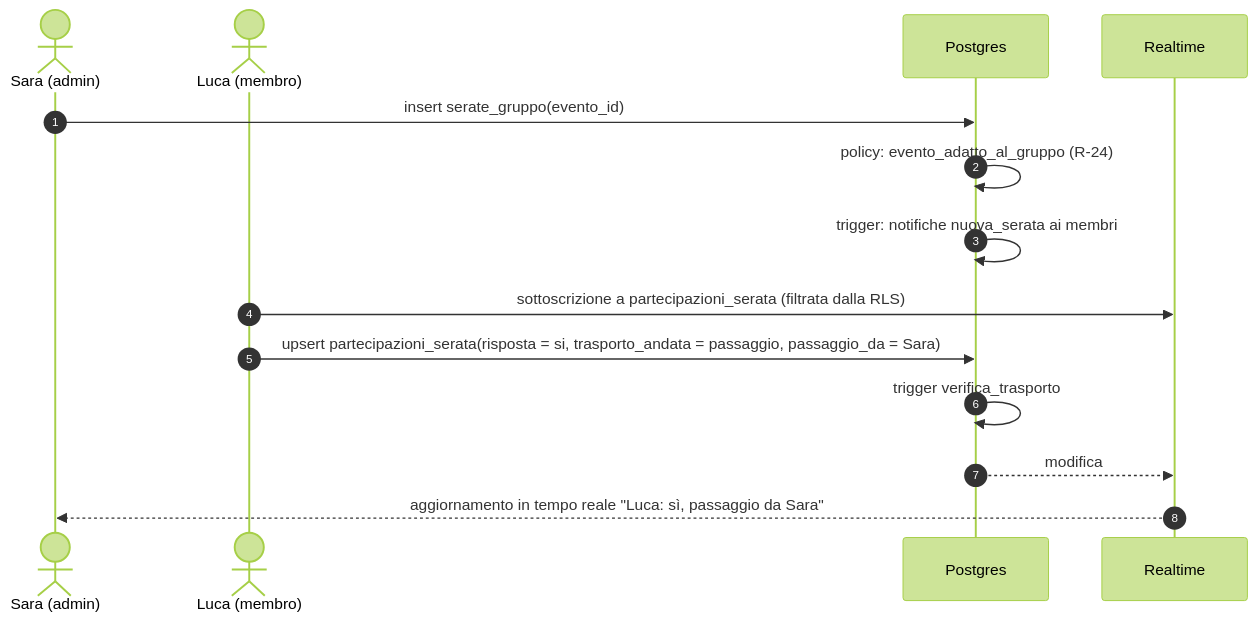
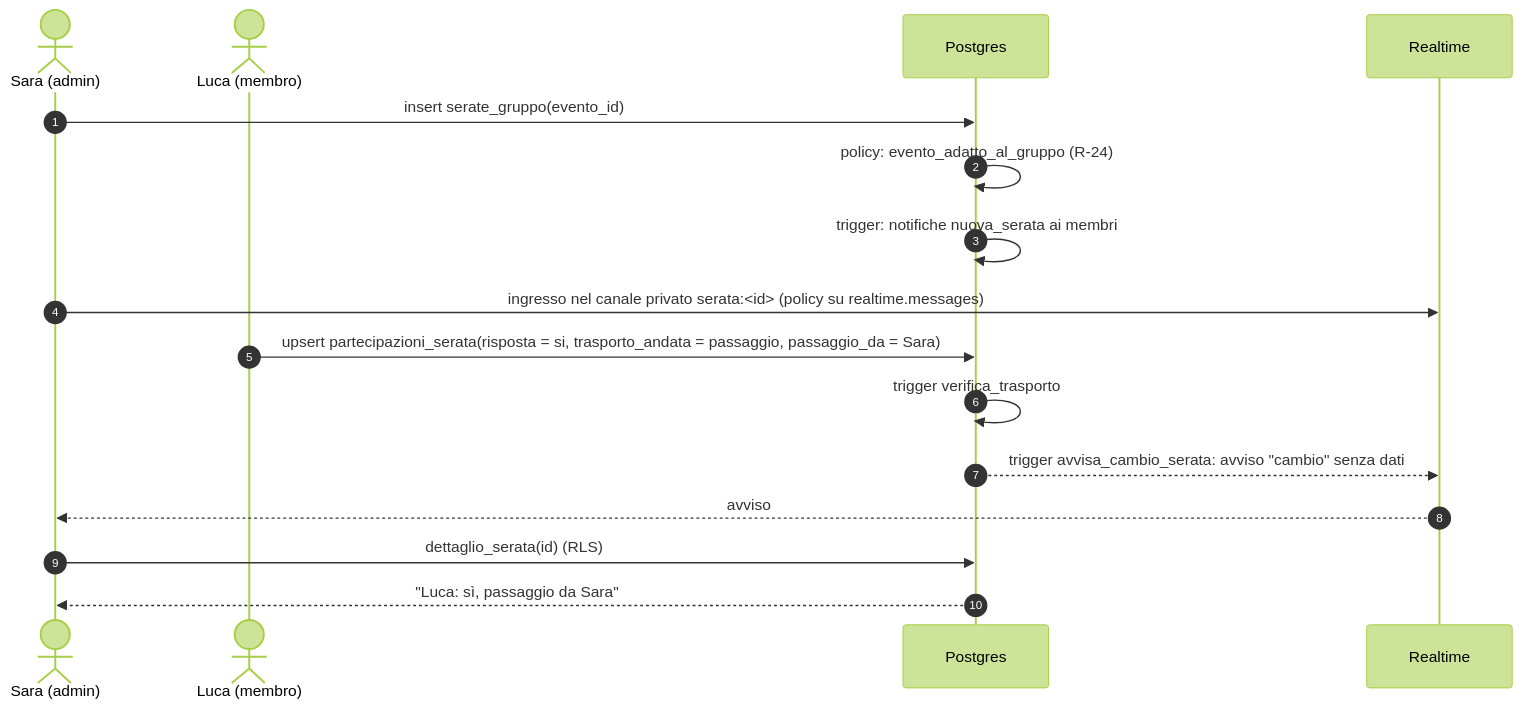
The fourth of 8 diagrams in docs/ARCHITECTURE.md (MatteoParrella/noxa), drawn with Mermaid (forest theme) before and after one commit. The commit also changed other lines of this file and 5 other files, not shown here.

````diff
--- a/docs/ARCHITECTURE.md
+++ b/docs/ARCHITECTURE.md
@@ -197,16 +197,18 @@
 ```mermaid
 sequenceDiagram
     autonumber
     actor S as Sara (admin)
     actor L as Luca (membro)
     participant DB as Postgres
     participant RT as Realtime
     S->>DB: insert serate_gruppo(evento_id)
     DB->>DB: policy: evento_adatto_al_gruppo (R-24)
     DB->>DB: trigger: notifiche nuova_serata ai membri
-    L->>RT: sottoscrizione a partecipazioni_serata (filtrata dalla RLS)
+    S->>RT: ingresso nel canale privato serata:<id> (policy su realtime.messages)
     L->>DB: upsert partecipazioni_serata(risposta = si, trasporto_andata = passaggio, passaggio_da = Sara)
     DB->>DB: trigger verifica_trasporto
-    DB-->>RT: modifica
-    RT-->>S: aggiornamento in tempo reale "Luca: sì, passaggio da Sara"
+    DB-->>RT: trigger avvisa_cambio_serata: avviso "cambio" senza dati
+    RT-->>S: avviso
+    S->>DB: dettaglio_serata(id) (RLS)
+    DB-->>S: "Luca: sì, passaggio da Sara"
 ```
````
